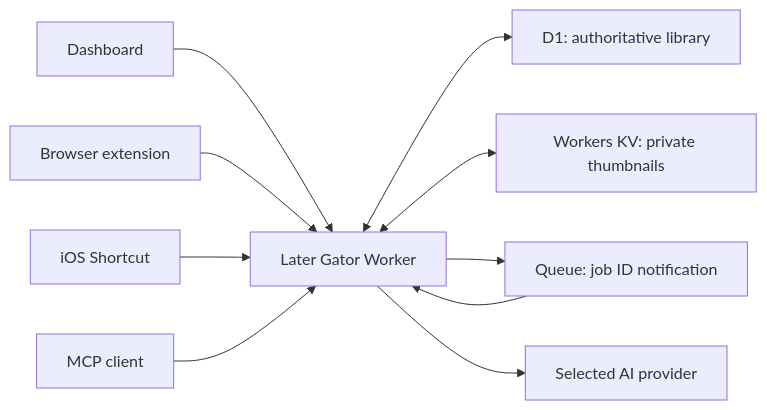
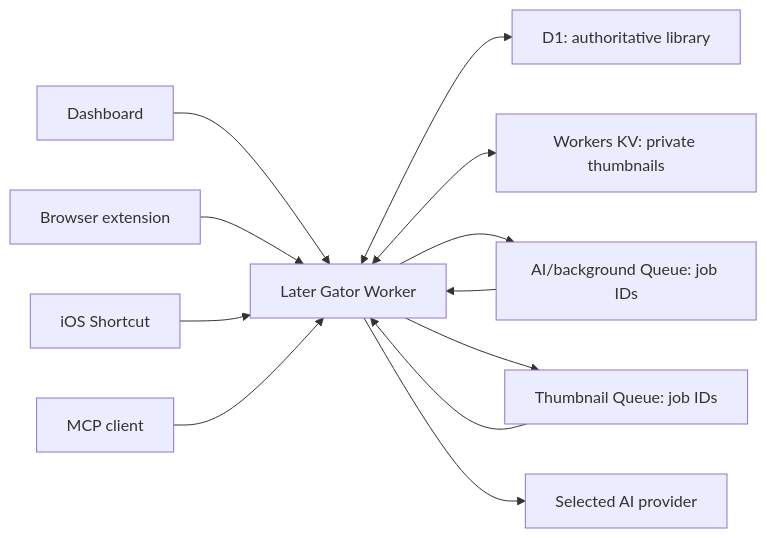
Before and after one commit to vishvak1/later-gator: the first of 3 diagrams in docs/developer-guide.md, drawn with Mermaid. The commit also changed other lines of this file and 66 other files, not shown here.

````diff
--- a/docs/developer-guide.md
+++ b/docs/developer-guide.md
@@ -21,12 +21,14 @@
 ```mermaid
 flowchart LR
     UI["Dashboard"] --> W["Later Gator Worker"]
     EXT["Browser extension"] --> W
     IOS["iOS Shortcut"] --> W
     MCP["MCP client"] --> W
     W <--> D1["D1: authoritative library"]
     W <--> KV["Workers KV: private thumbnails"]
-    W --> Q["Queue: job ID notification"]
-    Q --> W
+    W --> AQ["AI/background Queue: job IDs"]
+    AQ --> W
+    W --> TQ["Thumbnail Queue: job IDs"]
+    TQ --> W
     W --> AI["Selected AI provider"]
 ```
````
